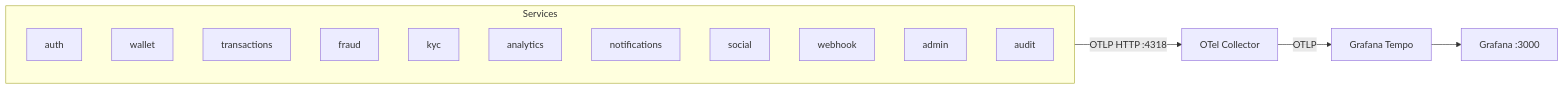
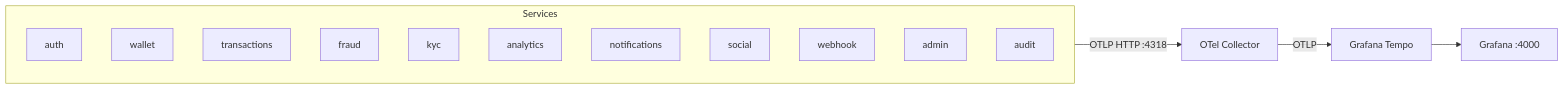
The diagram in docs/infrastructure.md (sreekarnv/mint), drawn with Mermaid before and after one commit. The commit also changed other lines of this file and 6 other files, not shown here.

````diff
--- a/docs/infrastructure.md
+++ b/docs/infrastructure.md
@@ -97,20 +101,20 @@
 ```mermaid
 flowchart LR
     subgraph Services
         auth
         wallet
         transactions
         fraud
         kyc
         analytics
         notifications
         social
         webhook
         admin
         audit
     end
 
     Services -->|OTLP HTTP :4318| otel[OTel Collector]
     otel -->|OTLP| tempo[Grafana Tempo]
-    tempo --> grafana[Grafana :3000]
+    tempo --> grafana[Grafana :4000]
 ```
````
